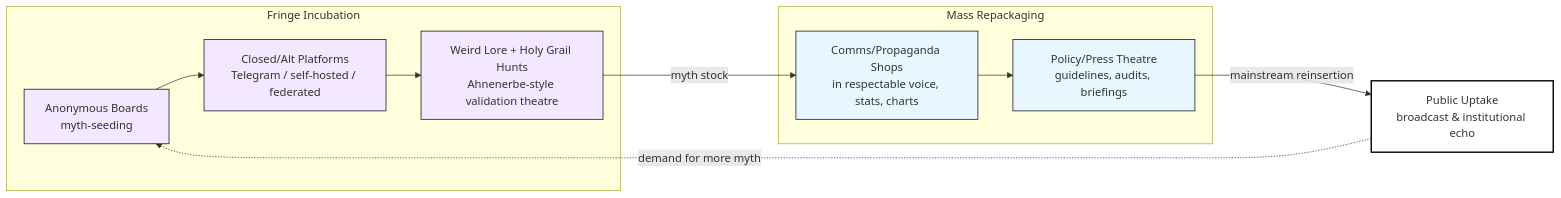
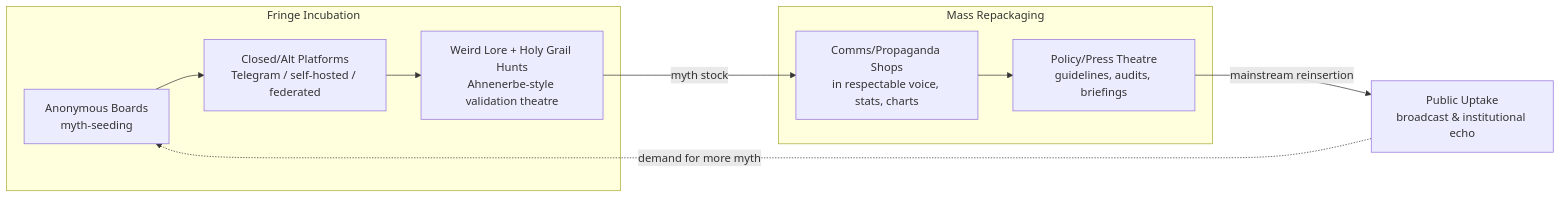
The third of 3 diagrams in Disruption_Kit/Big_Picture_Protocols/🌀_System_Governance/🧪_failure_recycling.md (josefsbreakfast/Polaris-Protocol), drawn with Mermaid before and after one commit. The commit also changed other lines of this file, not shown here.

````diff
--- a/Disruption_Kit/Big_Picture_Protocols/🌀_System_Governance/🧪_failure_recycling.md
+++ b/Disruption_Kit/Big_Picture_Protocols/🌀_System_Governance/🧪_failure_recycling.md
@@ -141,21 +139,18 @@
 ```mermaid
 
 flowchart LR
     subgraph Fringe Incubation
       S1[Anonymous Boards<br/>myth-seeding] --> S2[Closed/Alt Platforms<br/>Telegram / self-hosted / federated]
       S2 --> S3[Weird Lore + Holy Grail Hunts<br/>Ahnenerbe-style validation theatre]
     end
 
     subgraph Mass Repackaging
       G1[Comms/Propaganda Shops<br/>in respectable voice, stats, charts] --> G2[Policy/Press Theatre<br/>guidelines, audits, briefings]
     end
 
     S3 -->|myth stock| G1
     G2 -->|mainstream reinsertion| M[Public Uptake<br/>broadcast & institutional echo]
     M -. demand for more myth .-> S1
 
-    classDef fringe fill:#f3e8ff,stroke:#000;
-    classDef mass fill:#e8f7ff,stroke:#000;
-    classDef hub fill:#fff,stroke:#000,stroke-width:2px;
-    class S1,S2,S3 fringe; class G1,G2 mass; class M hub;
+
 ```
````
